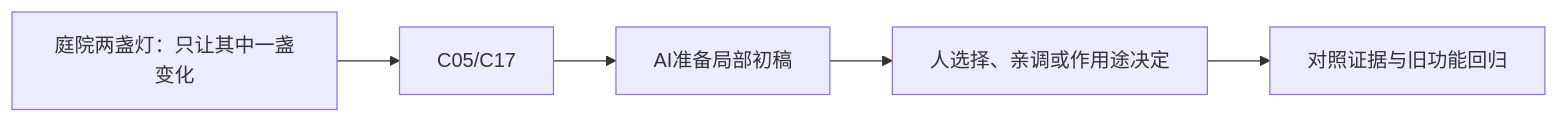
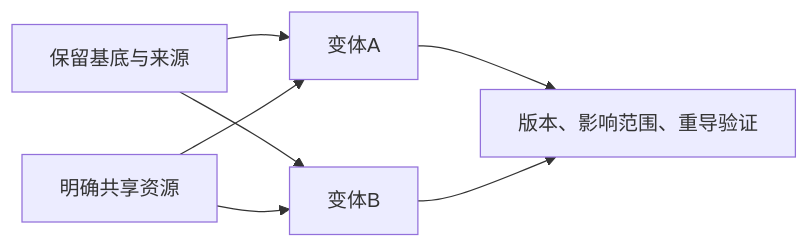
The diagram in curriculum/lessons/I03.md (Zilur/ai-3d-game-learning), drawn with Mermaid before and after one commit. The commit also changed other lines of this file and 164 other files, not shown here.

Commit message:
docs: publish 47 step-by-step AI lesson flows, world upgrade and optional training corner

````diff
--- a/curriculum/lessons/I03.md
+++ b/curriculum/lessons/I03.md
@@ -38,7 +35,9 @@
 ```mermaid
 flowchart LR
-  S["庭院两盏灯：只让其中一盏变化"] --> K["C05/C17"]
-  K --> AI["AI准备局部初稿"]
-  AI --> H["人选择、亲调或作用途决定"]
-  H --> V["对照证据与旧功能回归"]
+ B["保留基底与来源"] --> V1["变体A"]
+ B --> V2["变体B"]
+ R["明确共享资源"] --> V1
+ R --> V2
+ V1 --> Q["版本、影响范围、重导验证"]
+ V2 --> Q
 ```
````
